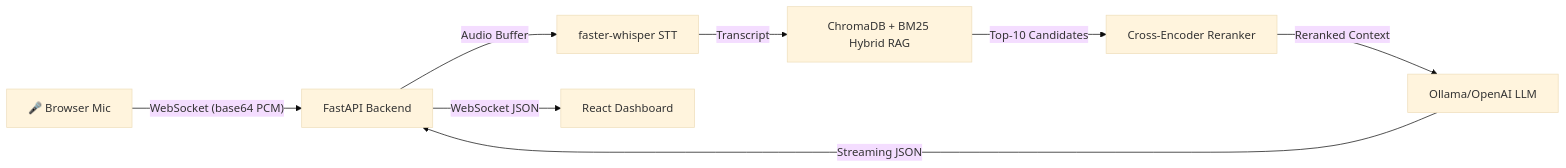
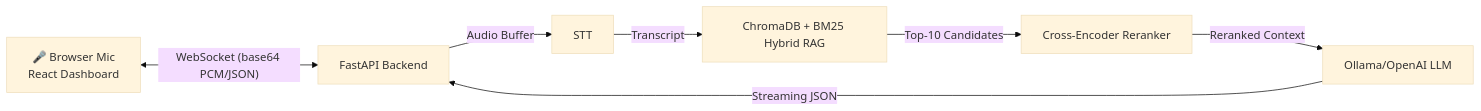
The diagram in docs/AI_Sales_coach.md (DeemanthPoonacha/real-time-stt-ai), drawn with Mermaid (base theme) before and after one commit. The commit also changed other lines of this file and 8 other files, not shown here.

Commit message:
docs: update architectural diagram and add demo media assets

````diff
--- a/docs/AI_Sales_coach.md
+++ b/docs/AI_Sales_coach.md
@@ -11,10 +11,9 @@
 ```mermaid
 graph LR
-    A["🎤 Browser Mic"] -->|"WebSocket (base64 PCM)"| B["FastAPI Backend"]
-    B -->|"Audio Buffer"| C["faster-whisper STT"]
+    A["🎤 Browser Mic \n React Dashboard"] <-->|"WebSocket (base64 PCM/JSON)"| B["FastAPI Backend"]
+    B -->|"Audio Buffer"| C["STT"]
     C -->|"Transcript"| D["ChromaDB + BM25 Hybrid RAG"]
     D -->|"Top-10 Candidates"| DR["Cross-Encoder Reranker"]
     DR -->|"Reranked Context"| E["Ollama/OpenAI LLM"]
     E -->|"Streaming JSON"| B
-    B -->|"WebSocket JSON"| F["React Dashboard"]
 ```
````
